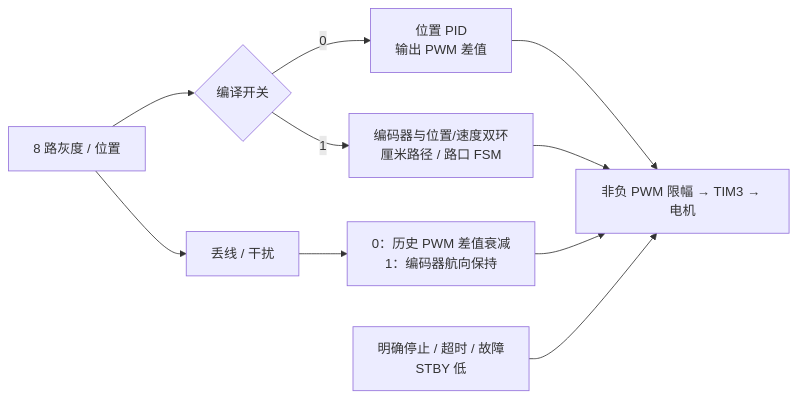
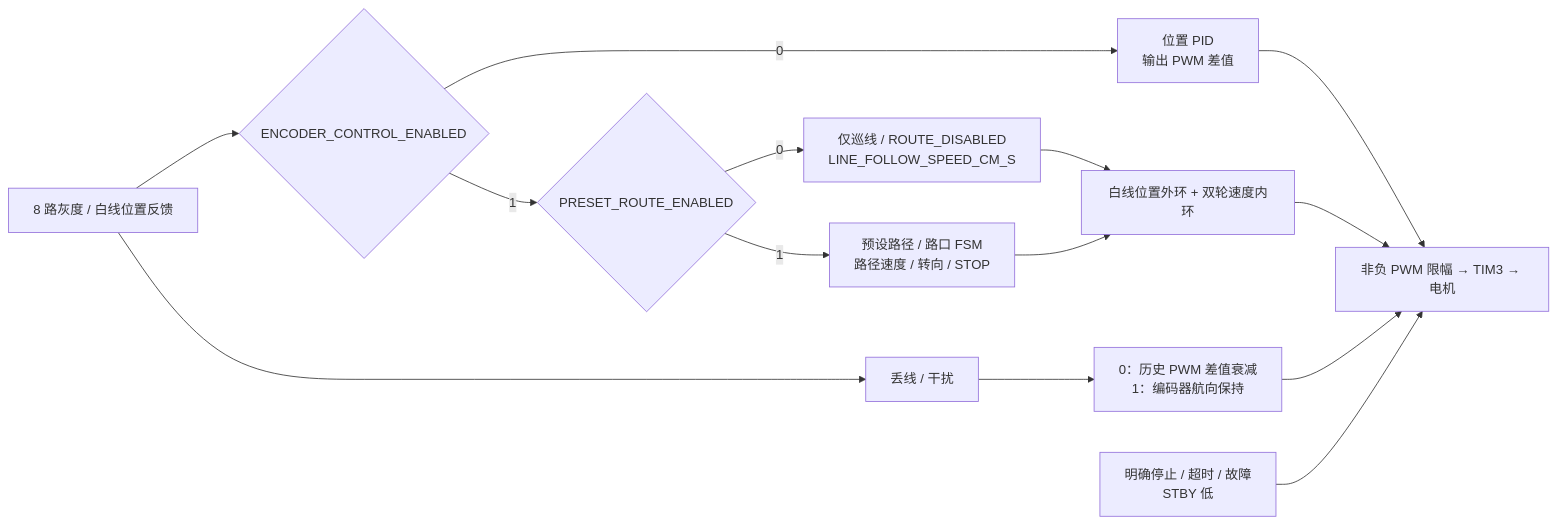
The first of 3 diagrams in README.md (Nailong-Corporation/car_stm32_school_competition), drawn with Mermaid before and after one commit. The commit also changed other lines of this file and 11 other files, not shown here.

````diff
--- a/README.md
+++ b/README.md
@@ -66,12 +79,16 @@
 ```mermaid
 flowchart LR
-    GPIO["8 路灰度 / 位置"] --> SELECT{"编译开关"}
+    GPIO["8 路灰度 / 白线位置反馈"] --> SELECT{"ENCODER_CONTROL_ENABLED"}
     SELECT -->|0| POSITION["位置 PID<br/>输出 PWM 差值"]
     POSITION --> PWM["非负 PWM 限幅 → TIM3 → 电机"]
-    SELECT -->|1| CASCADE["编码器与位置/速度双环<br/>厘米路径 / 路口 FSM"]
+    SELECT -->|1| ROUTE{"PRESET_ROUTE_ENABLED"}
+    ROUTE -->|0| ONLY["仅巡线 / ROUTE_DISABLED<br/>LINE_FOLLOW_SPEED_CM_S"]
+    ROUTE -->|1| TABLE["预设路径 / 路口 FSM<br/>路径速度 / 转向 / STOP"]
+    ONLY --> CASCADE["白线位置外环 + 双轮速度内环"]
+    TABLE --> CASCADE
     CASCADE --> PWM
     GPIO --> BAD["丢线 / 干扰"]
     BAD --> HOLD["0：历史 PWM 差值衰减<br/>1：编码器航向保持"]
     HOLD --> PWM
     STOP["明确停止 / 超时 / 故障<br/>STBY 低"] --> PWM
 ```
````
